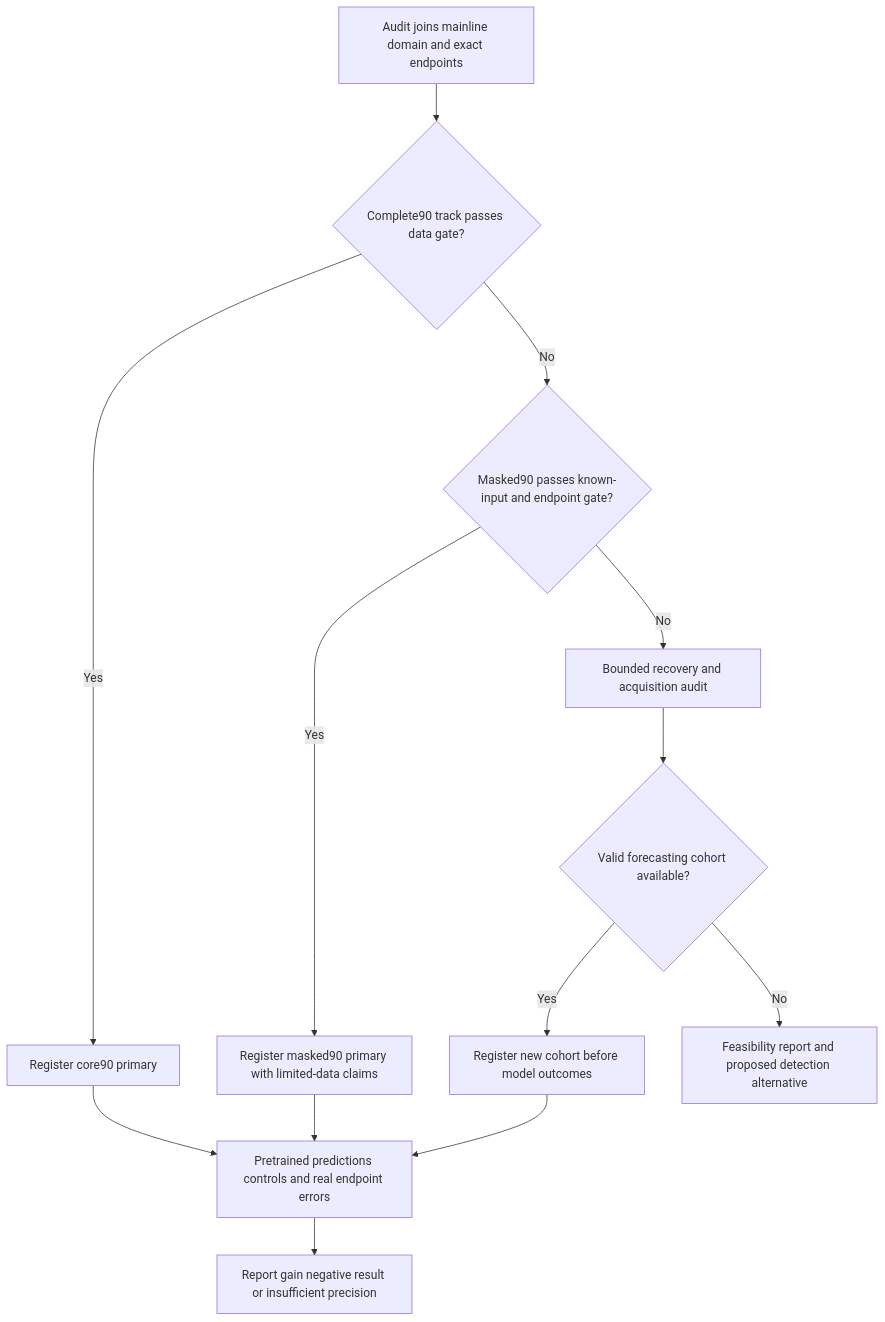
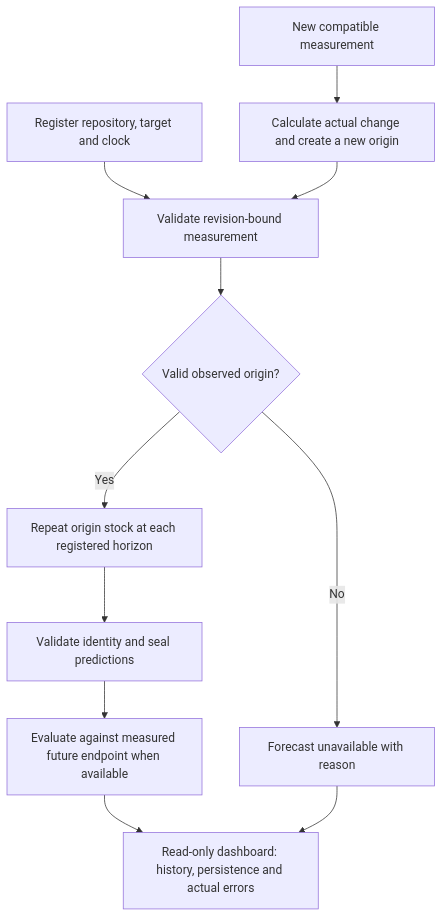
Before and after one commit to httpHadary/TRACE_Technical-Debt-Intelligence-Platform: the diagram in architecture-redesign/2026-10-13-forecasting-mvp/MVP_FORECASTING_PLAN.md, drawn with Mermaid. The commit also changed other lines of this file and 31 other files, not shown here.

Commit message:
feat: add persistence-only MVP flow

````diff
--- a/architecture-redesign/2026-10-13-forecasting-mvp/MVP_FORECASTING_PLAN.md
+++ b/architecture-redesign/2026-10-13-forecasting-mvp/MVP_FORECASTING_PLAN.md
@@ -41,15 +28,13 @@
 ```mermaid
 flowchart TD
-  AUDIT[Audit joins mainline domain and exact endpoints] --> STRICT{Complete90 track passes data gate?}
-  STRICT -->|Yes| CORE[Register core90 primary]
-  STRICT -->|No| MASK{Masked90 passes known-input and endpoint gate?}
-  MASK -->|Yes| LIMITED[Register masked90 primary with limited-data claims]
-  MASK -->|No| ACQUIRE[Bounded recovery and acquisition audit]
-  ACQUIRE --> RETRY{Valid forecasting cohort available?}
-  RETRY -->|Yes| REGISTER[Register new cohort before model outcomes]
-  RETRY -->|No| BLOCKED[Feasibility report and proposed detection alternative]
-  CORE --> RUN[Pretrained predictions controls and real endpoint errors]
-  LIMITED --> RUN
-  REGISTER --> RUN
-  RUN --> REPORT[Report gain negative result or insufficient precision]
+    A[Register repository, target and clock] --> B[Validate revision-bound measurement]
+    B --> C{Valid observed origin?}
+    C -->|No| X[Forecast unavailable with reason]
+    C -->|Yes| P[Repeat origin stock at each registered horizon]
+    P --> S[Validate identity and seal predictions]
+    S --> E[Evaluate against measured future endpoint when available]
+    E --> UI[Read-only dashboard: history, persistence and actual errors]
+    X --> UI
+    N[New compatible measurement] --> D[Calculate actual change and create a new origin]
+    D --> B
 ```
````
